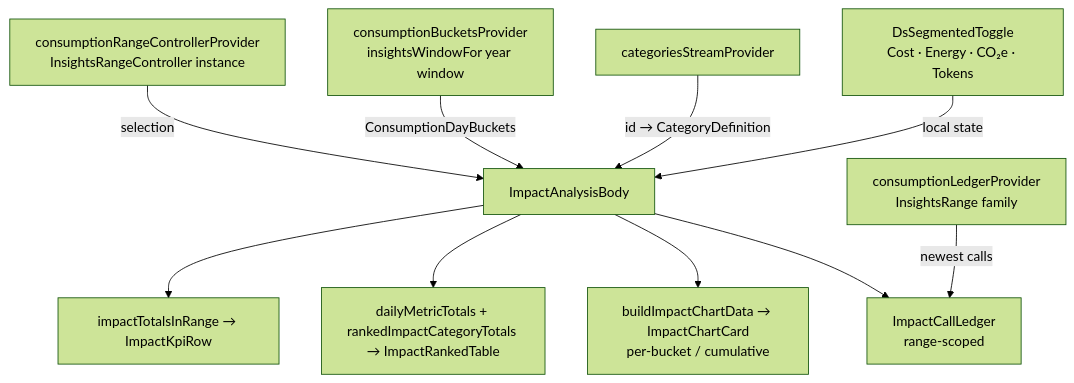
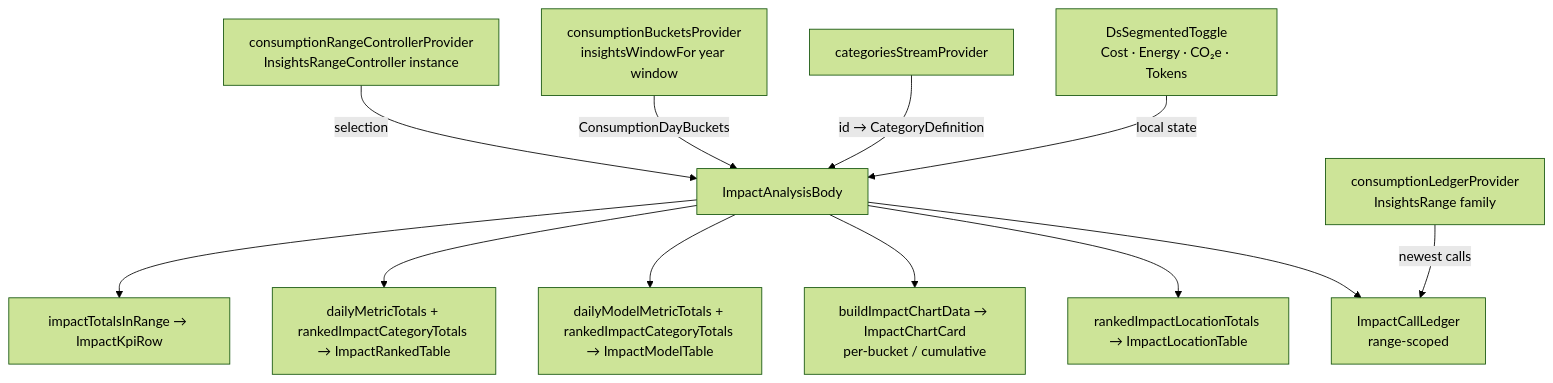
One commit to matthiasn/lotti changed the third of 3 diagrams in lib/features/ai_consumption/README.md. Above: the diagram before and after it, drawn with Mermaid (forest theme). The commit also changed other lines of this file and 33 other files, not shown here.

Commit message:
feat: add AI impact location stats (#3413)

````diff
--- a/lib/features/ai_consumption/README.md
+++ b/lib/features/ai_consumption/README.md
@@ -147,12 +159,14 @@
 ```mermaid
 flowchart TD
   RC[consumptionRangeControllerProvider<br/>InsightsRangeController instance] -->|selection| Body[ImpactAnalysisBody]
   BP[consumptionBucketsProvider<br/>insightsWindowFor year window] -->|ConsumptionDayBuckets| Body
   Cat[categoriesStreamProvider] -->|id → CategoryDefinition| Body
   Body --> D1[impactTotalsInRange → ImpactKpiRow]
   Body --> D2[dailyMetricTotals + rankedImpactCategoryTotals → ImpactRankedTable]
-  Body --> D3[buildImpactChartData → ImpactChartCard<br/>per-bucket / cumulative]
-  Body --> D4[ImpactCallLedger<br/>range-scoped]
-  LP[consumptionLedgerProvider<br/>InsightsRange family] -->|newest calls| D4
+  Body --> D3[dailyModelMetricTotals + rankedImpactCategoryTotals → ImpactModelTable]
+  Body --> D4[buildImpactChartData → ImpactChartCard<br/>per-bucket / cumulative]
+  Body --> D5[rankedImpactLocationTotals → ImpactLocationTable]
+  Body --> D6[ImpactCallLedger<br/>range-scoped]
+  LP[consumptionLedgerProvider<br/>InsightsRange family] -->|newest calls| D6
   Toggle[DsSegmentedToggle<br/>Cost · Energy · CO₂e · Tokens] -->|local state| Body
 ```
````
